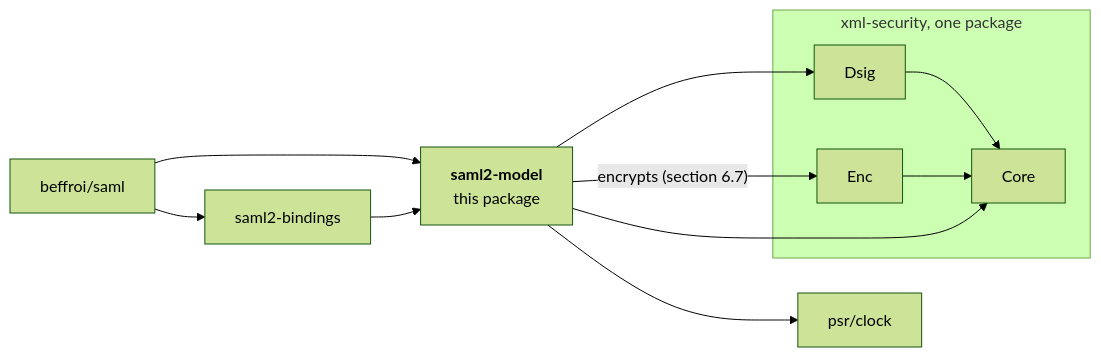
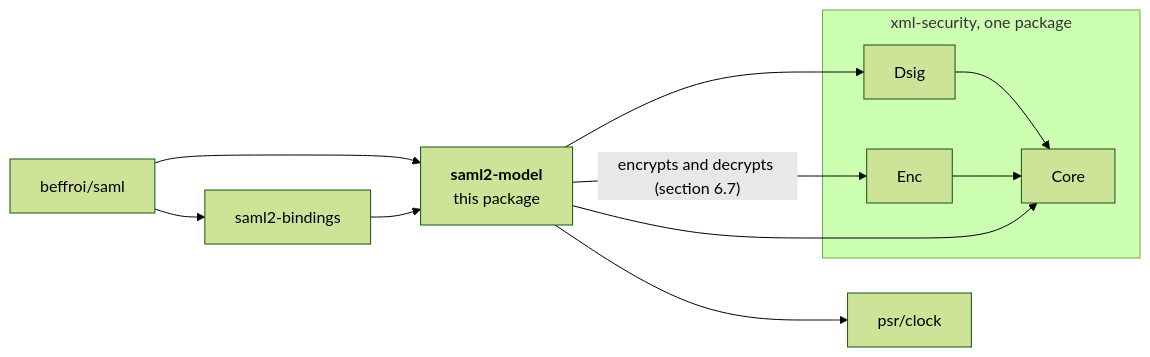
Before and after one commit to Jean-Beru/beffroi: the diagram in src/saml2-model/spec/model.md, drawn with Mermaid (forest theme). The commit also changed other lines of this file, not shown here.

First line of the commit message:
docs(saml2-model): the service provider decrypts an encrypted assertion under the contract of section 6.7 (issue #786)

````diff
--- a/src/saml2-model/spec/model.md
+++ b/src/saml2-model/spec/model.md
@@ -30,14 +30,14 @@
 ```mermaid
 graph LR
     saml["beffroi/saml"] --> bindings["saml2-bindings"]
     saml --> model
     bindings --> model["<b>saml2-model</b><br/>this package"]
     subgraph xmlsec["xml-security, one package"]
         dsig["Dsig"] --> core["Core"]
         enc["Enc"] --> core
     end
     model --> core
     model --> dsig
-    model -->|"encrypts (section 6.7)"| enc
+    model -->|"encrypts and decrypts (section 6.7)"| enc
     model --> clock["psr/clock"]
 ```
````
